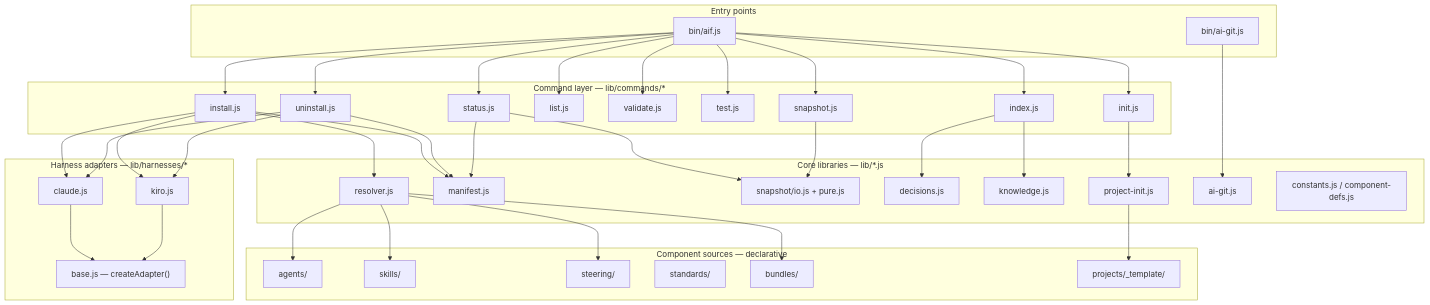
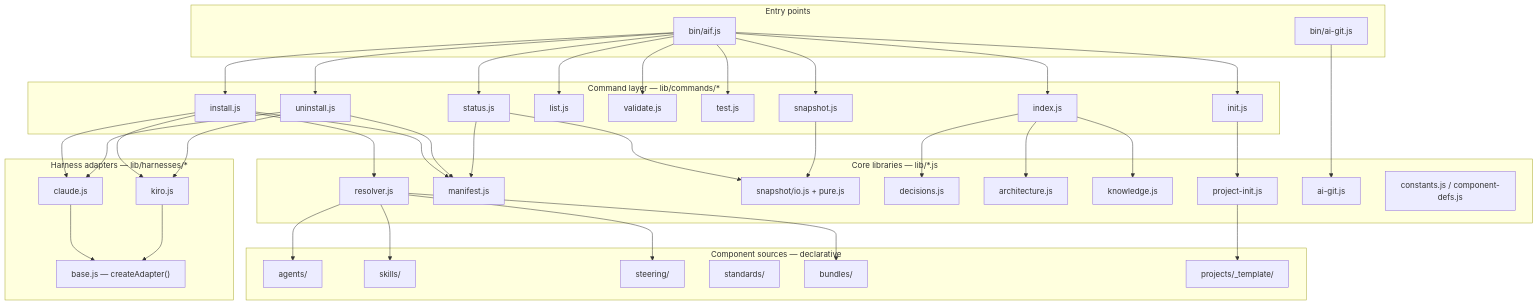
One commit to starvoxel/ai-foundation changed the diagram in docs/architecture/05_building_blocks.md. Above: the diagram before and after it, drawn with Mermaid. The commit also changed other lines of this file and 2 other files, not shown here.

````diff
--- a/docs/architecture/05_building_blocks.md
+++ b/docs/architecture/05_building_blocks.md
@@ -20,71 +22,73 @@
 ```mermaid
 graph TD
   subgraph Entry["Entry points"]
     CLI["bin/aif.js"]
     GitCLI["bin/ai-git.js"]
   end
 
   subgraph Commands["Command layer — lib/commands/*"]
     Install["install.js"]
     Uninstall["uninstall.js"]
     Status["status.js"]
     List["list.js"]
     Validate["validate.js"]
     Test["test.js"]
     Snapshot["snapshot.js"]
     Index["index.js"]
     Init["init.js"]
   end
 
   subgraph Core["Core libraries — lib/*.js"]
     Resolver["resolver.js"]
     Manifest["manifest.js"]
     SnapLib["snapshot/io.js + pure.js"]
     Decisions["decisions.js"]
+    Architecture["architecture.js"]
     Knowledge["knowledge.js"]
     ProjInit["project-init.js"]
     AiGitLib["ai-git.js"]
     Const["constants.js / component-defs.js"]
   end
 
   subgraph Harnesses["Harness adapters — lib/harnesses/*"]
     Base["base.js — createAdapter()"]
     Claude["claude.js"]
     Kiro["kiro.js"]
   end
 
   subgraph Sources["Component sources — declarative"]
     Agents["agents/"]
     Skills["skills/"]
     Steering["steering/"]
     Standards["standards/"]
     Bundles["bundles/"]
     Template["projects/_template/"]
   end
 
   CLI --> Install & Uninstall & Status & List & Validate & Test & Snapshot & Index & Init
   GitCLI --> AiGitLib
 
   Install --> Resolver
   Install --> Claude
   Install --> Kiro
   Install --> Manifest
   Uninstall --> Manifest
   Uninstall --> Claude
   Uninstall --> Kiro
   Status --> Manifest
   Status --> SnapLib
   Snapshot --> SnapLib
   Index --> Decisions
+  Index --> Architecture
   Index --> Knowledge
   Init --> ProjInit
   ProjInit --> Template
 
   Claude --> Base
   Kiro --> Base
 
   Resolver --> Agents
   Resolver --> Skills
   Resolver --> Steering
   Resolver --> Bundles
 ```
````
